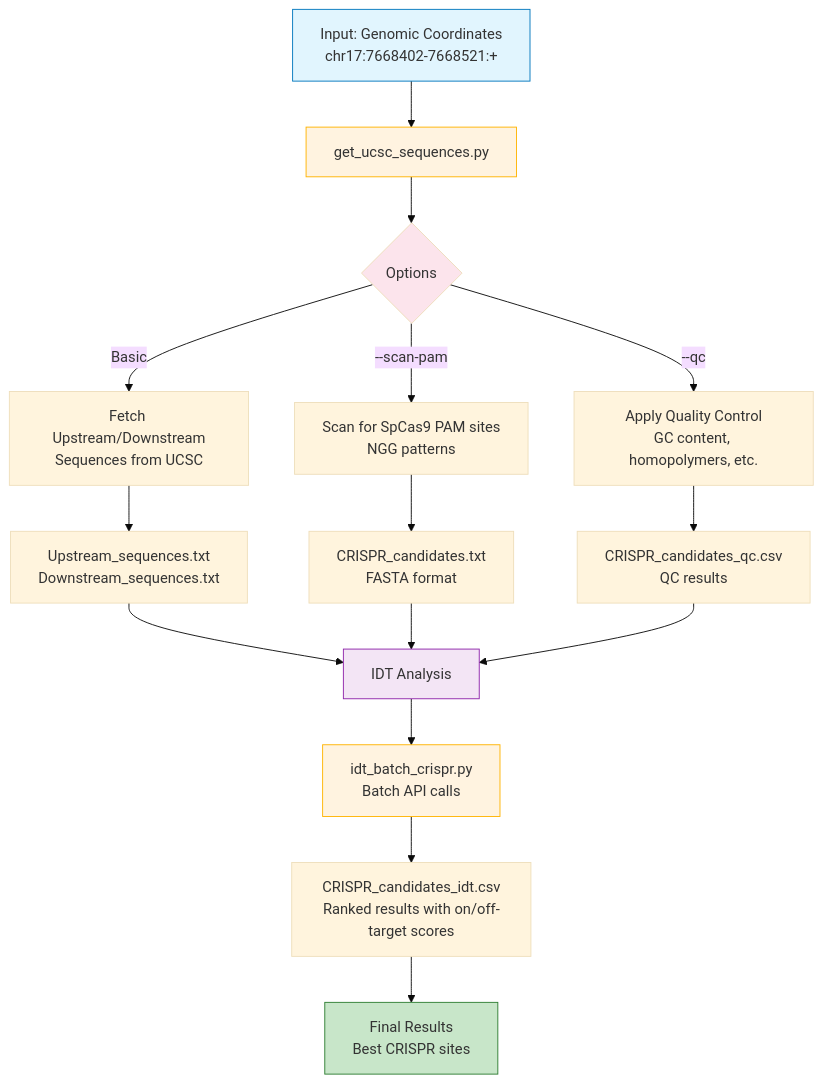
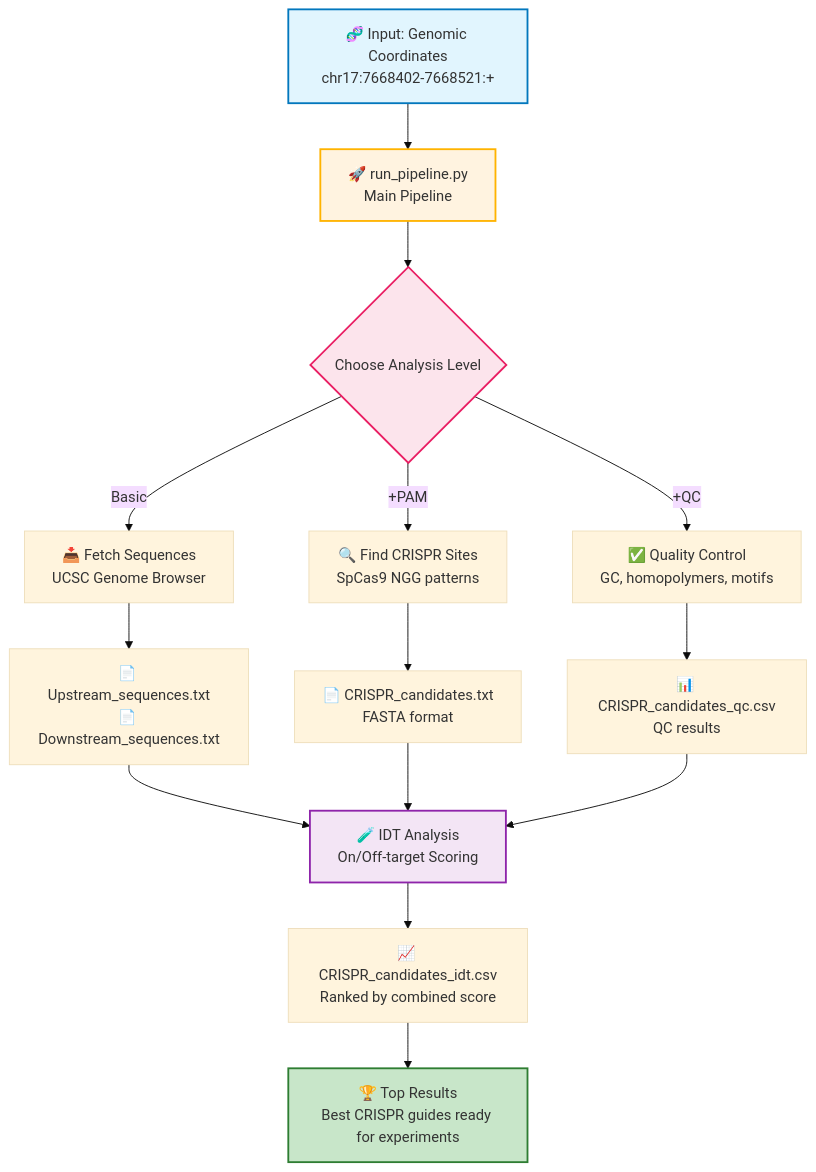
Before and after one commit to YichengSupreme/GuideForge: the diagram in README.md, drawn with Mermaid (base theme). The commit also changed other lines of this file and 16 other files, not shown here.

Commit message:
GuideForge v1.0.0: automated CRISPR gRNA design pipeline

````diff
--- a/README.md
+++ b/README.md
@@ -7,28 +47,26 @@
 ```mermaid
 flowchart TD
-    A["Input: Genomic Coordinates<br/>chr17:7668402-7668521:+"] --> B["get_ucsc_sequences.py"]
+    A["🧬 Input: Genomic Coordinates<br/>chr17:7668402-7668521:+"] --> B["🚀 run_pipeline.py<br/>Main Pipeline"]
 
-    B --> C{Options}
-    C -->|Basic| D["Fetch Upstream/Downstream<br/>Sequences from UCSC"]
-    C -->|--scan-pam| E["Scan for SpCas9 PAM sites<br/>NGG patterns"]
-    C -->|--qc| F["Apply Quality Control<br/>GC content, homopolymers, etc."]
+    B --> C{Choose Analysis Level}
+    C -->|Basic| D["📥 Fetch Sequences<br/>UCSC Genome Browser"]
+    C -->|+PAM| E["🔍 Find CRISPR Sites<br/>SpCas9 NGG patterns"]
+    C -->|+QC| F["✅ Quality Control<br/>GC, homopolymers, motifs"]
 
-    D --> G["Upstream_sequences.txt<br/>Downstream_sequences.txt"]
-    E --> H["CRISPR_candidates.txt<br/>FASTA format"]
-    F --> I["CRISPR_candidates_qc.csv<br/>QC results"]
+    D --> G["📄 Upstream_sequences.txt<br/>📄 Downstream_sequences.txt"]
+    E --> H["📄 CRISPR_candidates.txt<br/>FASTA format"]
+    F --> I["📊 CRISPR_candidates_qc.csv<br/>QC results"]
 
-    G --> J["IDT Analysis"]
+    G --> J["🧪 IDT Analysis<br/>On/Off-target Scoring"]
     H --> J
     I --> J
 
-    J --> K["idt_batch_crispr.py<br/>Batch API calls"]
-    K --> L["CRISPR_candidates_idt.csv<br/>Ranked results with on/off-target scores"]
-    L --> M["Final Results<br/>Best CRISPR sites"]
+    J --> K["📈 CRISPR_candidates_idt.csv<br/>Ranked by combined score"]
+    K --> L["🏆 Top Results<br/>Best CRISPR guides ready for experiments"]
 
-    style A fill:#e1f5fe,stroke:#0277bd,stroke-width:1px
-    style B fill:#fff3e0,stroke:#ffb300,stroke-width:1px
-    style C fill:#fce4ec
-    style K fill:#fff3e0,stroke:#ffb300,stroke-width:1px
-    style J fill:#f3e5f5,stroke:#8e24aa,stroke-width:1px
-    style M fill:#c8e6c9,stroke:#2e7d32,stroke-width:1px
+    style A fill:#e1f5fe,stroke:#0277bd,stroke-width:2px
+    style B fill:#fff3e0,stroke:#ffb300,stroke-width:2px
+    style C fill:#fce4ec,stroke:#e91e63,stroke-width:2px
+    style J fill:#f3e5f5,stroke:#8e24aa,stroke-width:2px
+    style L fill:#c8e6c9,stroke:#2e7d32,stroke-width:2px
 ```
````
